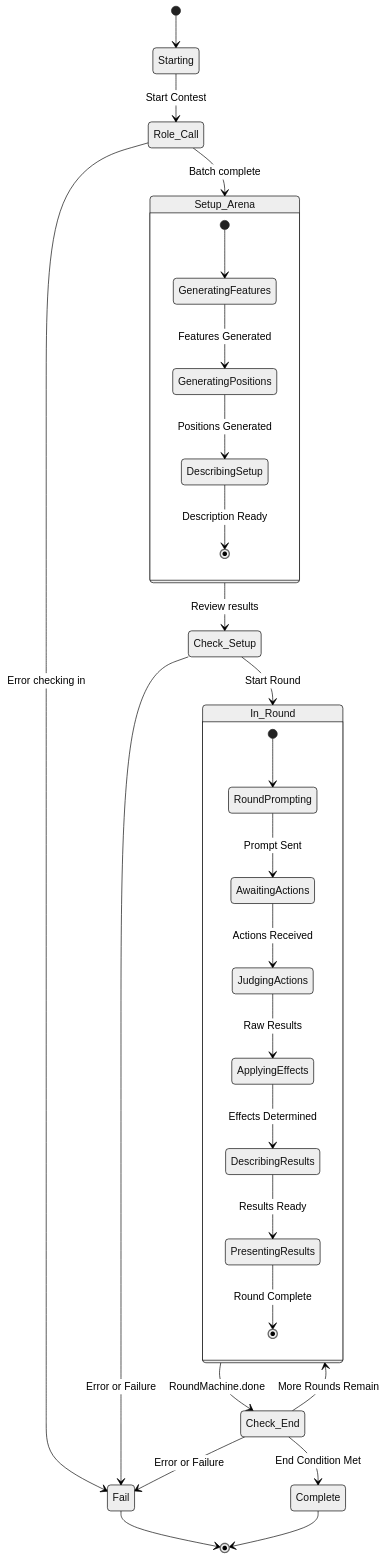
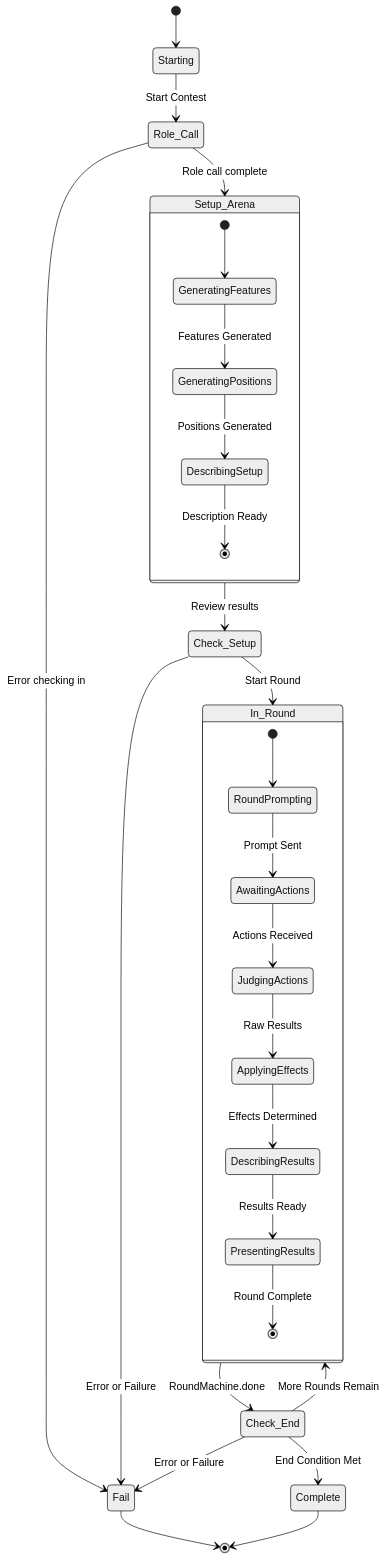
One commit to 0xbeedao/agent-arena changed the diagram in docs/contest-state-machines.md. Above: the diagram before and after it, drawn with Mermaid (neutral theme). The commit also changed 17 other files, not shown here.

````diff
--- a/docs/contest-state-machines.md
+++ b/docs/contest-state-machines.md
@@ -1,38 +1,38 @@
 ```mermaid
 stateDiagram-v2
   %% Top‐level Contest machine
   [*] --> Starting
   Starting --> Role_Call           : Start Contest
-  Role_Call --> Setup_Arena        : Batch complete
+  Role_Call --> Setup_Arena        : Role call complete
   Role_Call --> Fail               : Error checking in
   Setup_Arena --> Check_Setup      : Review results
   Check_Setup --> In_Round         : Start Round
   Check_Setup --> Fail             : Error or Failure
   In_Round --> Check_End           : RoundMachine.done
   Check_End --> Fail               : Error or Failure
   Check_End --> Complete           : End Condition Met
   Check_End --> In_Round           : More Rounds Remain
   Complete --> [*]
   
   %% Nested Setup machine inside InSetup
   state Setup_Arena {
     [*] --> GeneratingFeatures
     GeneratingFeatures --> GeneratingPositions : Features Generated
     GeneratingPositions --> DescribingSetup    : Positions Generated
     DescribingSetup --> [*]                    : Description Ready
   }
 
   %% Nested Round machine inside InRound
   state In_Round {
     [*] --> RoundPrompting
     RoundPrompting --> AwaitingActions    : Prompt Sent
     AwaitingActions --> JudgingActions    : Actions Received
     JudgingActions --> ApplyingEffects    : Raw Results
     ApplyingEffects --> DescribingResults : Effects Determined
     DescribingResults --> PresentingResults: Results Ready
     PresentingResults --> [*]             : Round Complete
   }
 
   Fail --> [*]
 
 ```
````
